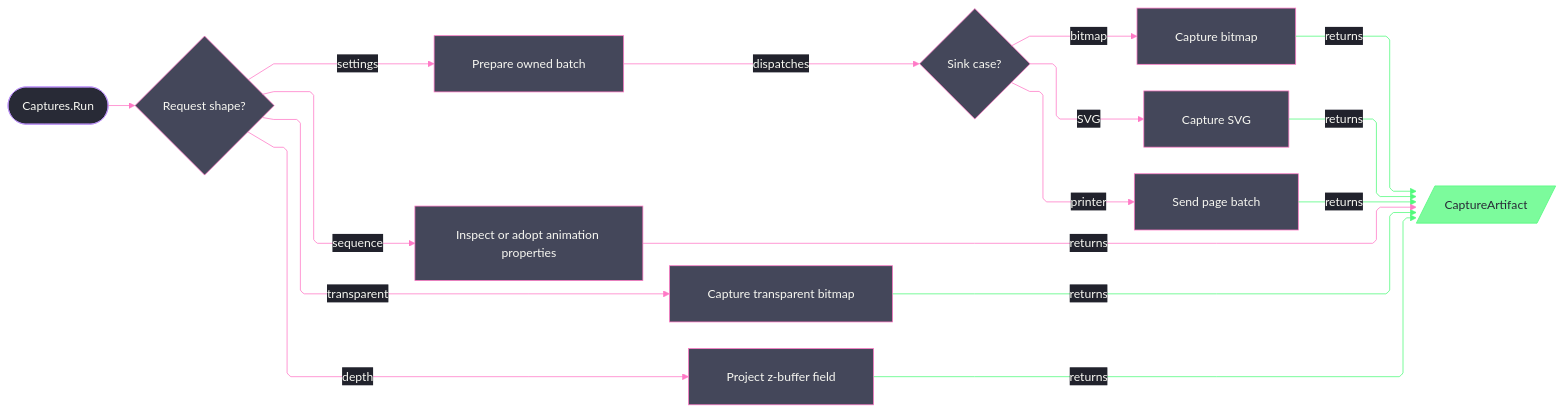
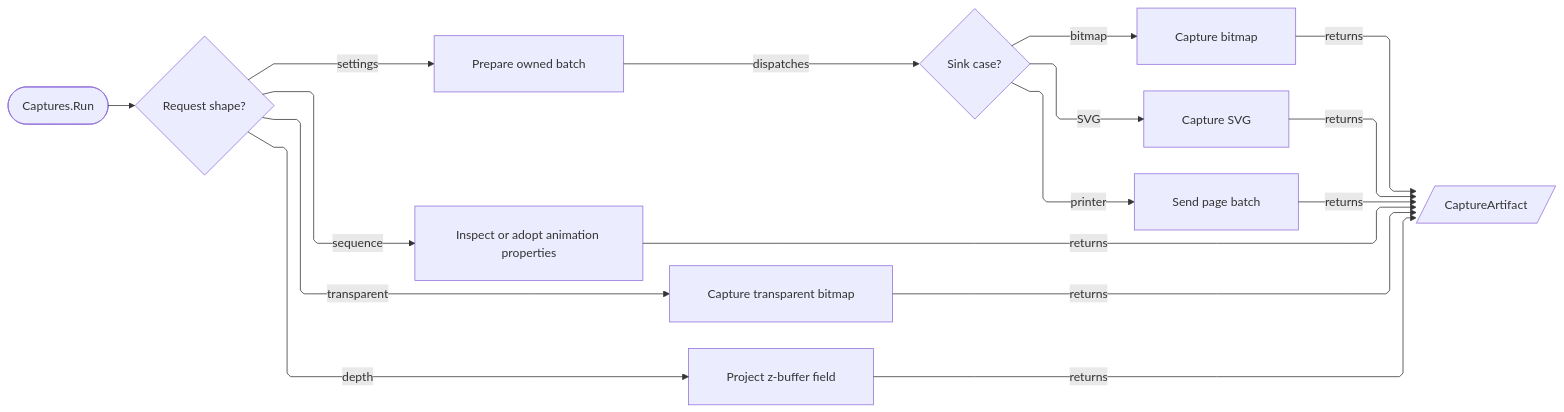
The diagram in libs/csharp/Rasm.Rhino/.planning/Viewport/capture.md (bsamiee/Rasm), drawn with Mermaid before and after one commit. The commit also changed 324 other files, not shown here.

````diff
--- a/libs/csharp/Rasm.Rhino/.planning/Viewport/capture.md
+++ b/libs/csharp/Rasm.Rhino/.planning/Viewport/capture.md
@@ -1612,50 +1612,27 @@
 ```mermaid
 ---
 config:
-  theme: base
-  look: classic
   layout: elk
   flowchart:
     curve: linear
     padding: 25
-  themeVariables:
-    darkMode: true
-    fontFamily: "SF Mono, Menlo, Cascadia Mono, Segoe UI Mono, Consolas, monospace"
-    useGradient: false
-    dropShadow: "none"
-    background: "#282A36"
-    primaryColor: "#44475A"
-    primaryTextColor: "#F8F8F2"
-    primaryBorderColor: "#BD93F9"
-    lineColor: "#FF79C6"
-    textColor: "#F8F8F2"
-    edgeLabelBackground: "#21222C"
-    labelBackgroundColor: "#21222C"
-  themeCSS: ".nodeLabel{font-size:13px;font-weight:500}.edgeLabel{font-size:12px;font-weight:500}.edge-thickness-normal{stroke-width:2px}.edge-thickness-thick{stroke-width:3px}.edge-pattern-dashed,.edge-pattern-dotted{stroke-width:1.5px;stroke-dasharray:4 6}.node rect,.node circle,.node polygon,.node path,.node .outer-path{stroke-width:1.5px;filter:none!important}.marker path{transform:scale(.8);transform-origin:5px 5px}.marker circle{transform:scale(.48);transform-origin:5px 5px}.edgeLabel rect{transform-box:fill-box;transform-origin:center;transform:scale(1.1,1.2)}"
 ---
 flowchart LR
     accTitle: Capture request dispatch
     accDescr: One capture entry dispatches settings, transparent, depth, and sequence requests, keeps native resources bracketed, and rejoins every arm at one artifact.
     Run([Captures.Run]) --> Shape{Request shape?}
     Shape -->|"settings"| Prepare[Prepare owned batch]
     Shape -->|"transparent"| Transparent[Capture transparent bitmap]
     Prepare -->|"dispatches"| Sink{Sink case?}
     Sink -->|"bitmap"| Raster[Capture bitmap]
     Sink -->|"SVG"| Vector[Capture SVG]
     Sink -->|"printer"| Print[Send page batch]
     Raster -->|"returns"| Artifact[/CaptureArtifact/]
     Vector -->|"returns"| Artifact
     Print -->|"returns"| Artifact
     Transparent -->|"returns"| Artifact
     Shape -->|"depth"| Depth[Project z-buffer field]
     Depth -->|"returns"| Artifact
     Shape -->|"sequence"| Sequence[Inspect or adopt animation properties]
     Sequence -->|"returns"| Artifact
-    linkStyle 7,8,9,10,12 stroke:#50FA7B,color:#F8F8F2
-    classDef primary fill:#44475A,stroke:#FF79C6,color:#F8F8F2
-    classDef success fill:#50FA7BBF,stroke:#50FA7B,color:#282A36
-    classDef boundary fill:#282A36,stroke:#BD93F9,color:#F8F8F2
-    class Shape,Prepare,Sink,Raster,Vector,Print,Transparent,Depth,Sequence primary
-    class Artifact success
-    class Run boundary
 ```
````
